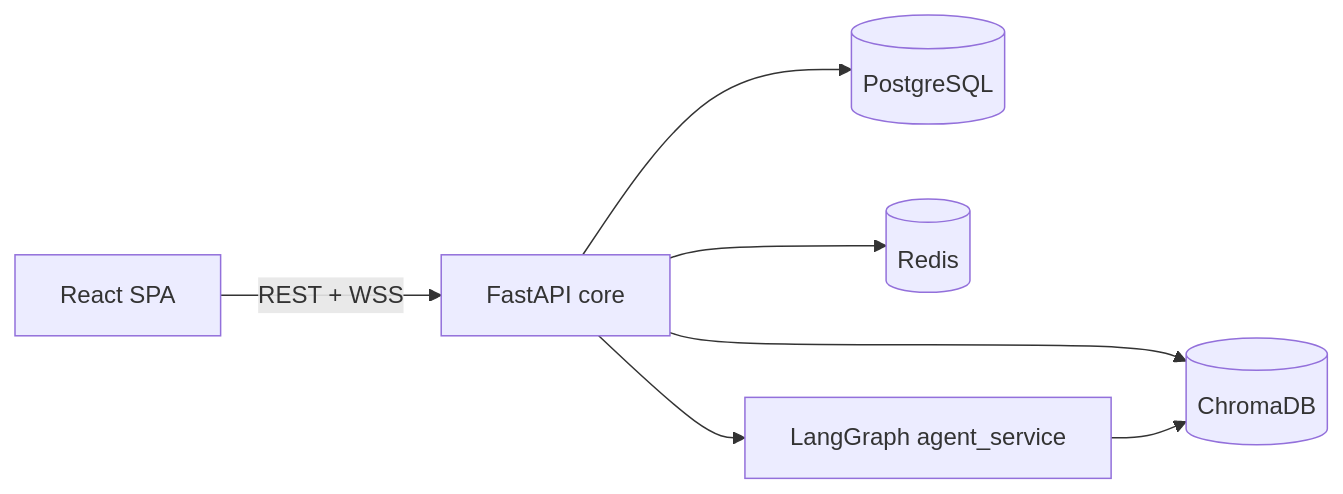
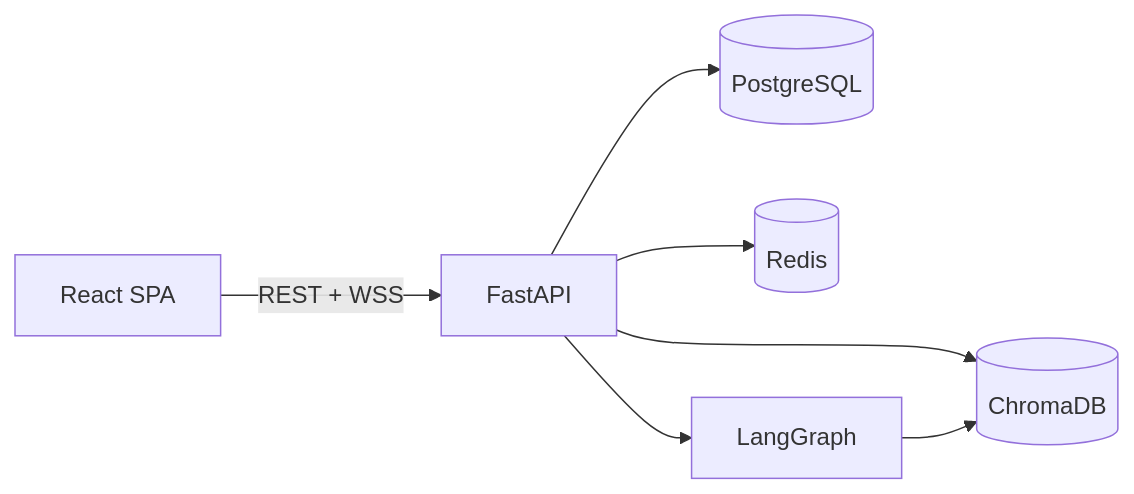
The diagram in README.md (vphuocthinh2006/VirFriendo), drawn with Mermaid before and after one commit. The commit also changed other lines of this file and 6 other files, not shown here.

````diff
--- a/README.md
+++ b/README.md
@@ -51,9 +47,9 @@
 ```mermaid
 flowchart LR
-  Browser[React SPA] -->|REST + WSS| API[FastAPI core]
+  Browser[React SPA] -->|REST + WSS| API[FastAPI]
   API --> PG[(PostgreSQL)]
   API --> Redis[(Redis)]
   API --> Chroma[(ChromaDB)]
-  API --> LangGraph[LangGraph agent_service]
+  API --> LangGraph[LangGraph]
   LangGraph --> Chroma
 ```
````
